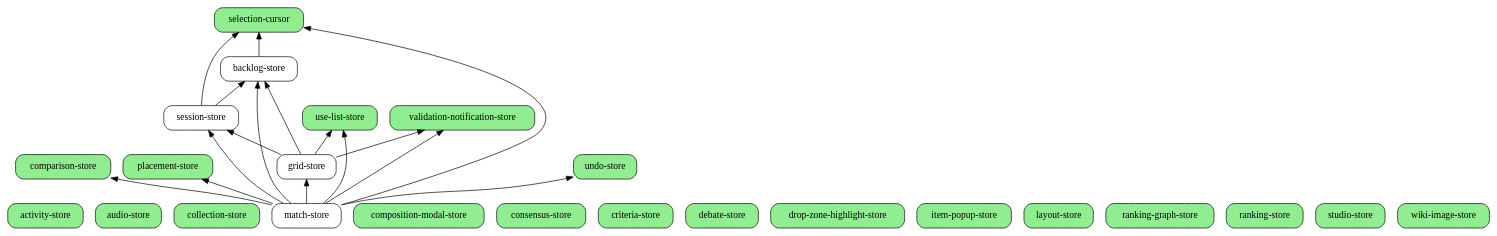
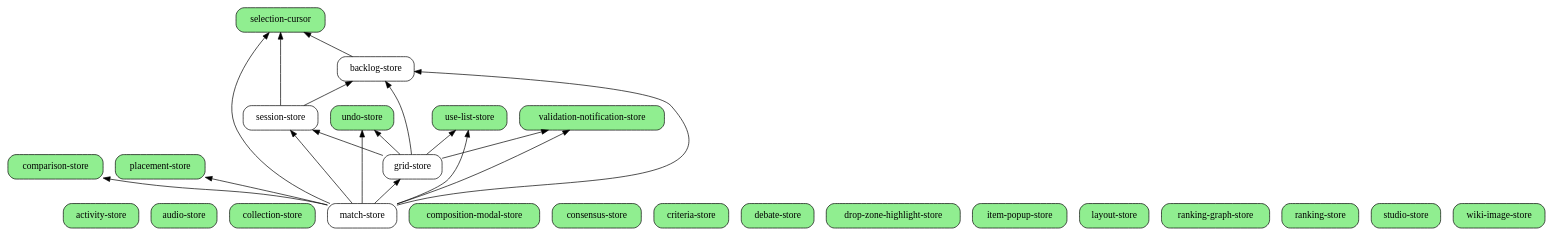
The diagram in docs/STORE_DEPENDENCY_GRAPH.md (xkazm04/goat), drawn with Graphviz before and after one commit. The commit also changed other lines of this file and 12 other files, not shown here.

````diff
--- a/docs/STORE_DEPENDENCY_GRAPH.md
+++ b/docs/STORE_DEPENDENCY_GRAPH.md
@@ -86,46 +86,47 @@
 ```dot
 digraph StoreDependencies {
   rankdir=BT;
   node [shape=box, style=rounded];
 
   // Base stores (no dependencies)
   "activity-store" [fillcolor=lightgreen, style="rounded,filled"];
   "audio-store" [fillcolor=lightgreen, style="rounded,filled"];
   "collection-store" [fillcolor=lightgreen, style="rounded,filled"];
   "comparison-store" [fillcolor=lightgreen, style="rounded,filled"];
   "composition-modal-store" [fillcolor=lightgreen, style="rounded,filled"];
   "consensus-store" [fillcolor=lightgreen, style="rounded,filled"];
   "criteria-store" [fillcolor=lightgreen, style="rounded,filled"];
   "debate-store" [fillcolor=lightgreen, style="rounded,filled"];
   "drop-zone-highlight-store" [fillcolor=lightgreen, style="rounded,filled"];
   "item-popup-store" [fillcolor=lightgreen, style="rounded,filled"];
   "layout-store" [fillcolor=lightgreen, style="rounded,filled"];
   "placement-store" [fillcolor=lightgreen, style="rounded,filled"];
   "ranking-graph-store" [fillcolor=lightgreen, style="rounded,filled"];
   "ranking-store" [fillcolor=lightgreen, style="rounded,filled"];
   "selection-cursor" [fillcolor=lightgreen, style="rounded,filled"];
   "studio-store" [fillcolor=lightgreen, style="rounded,filled"];
   "undo-store" [fillcolor=lightgreen, style="rounded,filled"];
   "use-list-store" [fillcolor=lightgreen, style="rounded,filled"];
   "validation-notification-store" [fillcolor=lightgreen, style="rounded,filled"];
   "wiki-image-store" [fillcolor=lightgreen, style="rounded,filled"];
 
   // Dependencies
   "backlog-store" -> "selection-cursor";
   "session-store" -> "backlog-store";
   "session-store" -> "selection-cursor";
   "grid-store" -> "backlog-store";
   "grid-store" -> "session-store";
+  "grid-store" -> "undo-store";
   "grid-store" -> "use-list-store";
   "grid-store" -> "validation-notification-store";
   "match-store" -> "backlog-store";
   "match-store" -> "comparison-store";
   "match-store" -> "grid-store";
   "match-store" -> "placement-store";
   "match-store" -> "selection-cursor";
   "match-store" -> "session-store";
   "match-store" -> "undo-store";
   "match-store" -> "use-list-store";
   "match-store" -> "validation-notification-store";
 }
 ```
````
